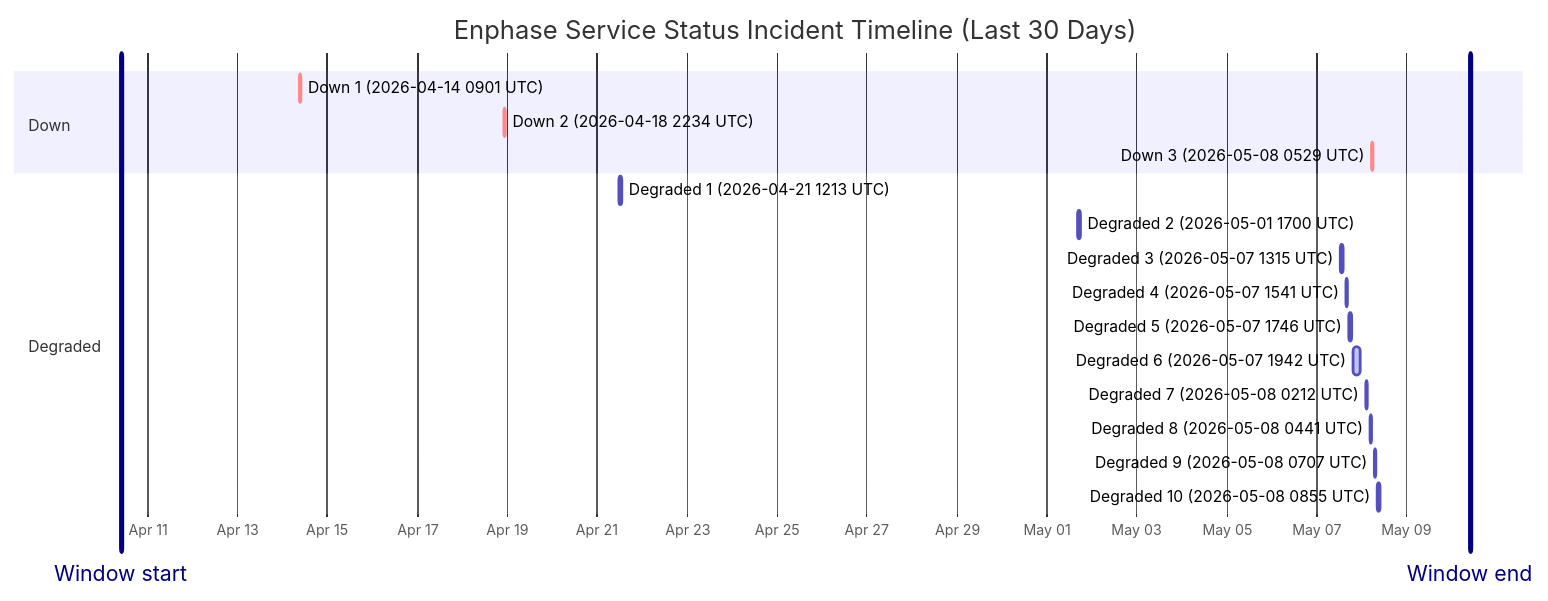
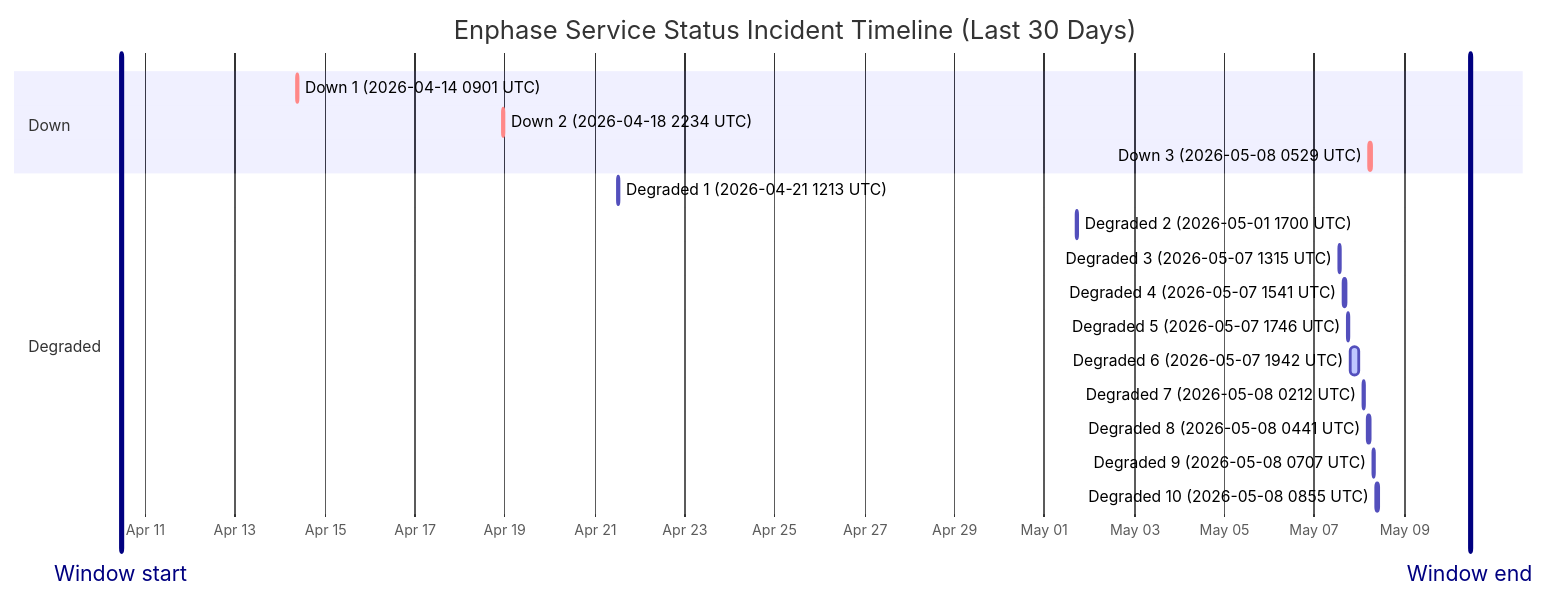
The diagram in wiki/Service-Status-History.md (barneyonline/ha-enphase-ev-charger), drawn with Mermaid before and after one commit. The commit also changed other lines of this file and 3 other files, not shown here.

````diff
--- a/wiki/Service-Status-History.md
+++ b/wiki/Service-Status-History.md
@@ -14,23 +14,23 @@
 ```mermaid
 gantt
     title Enphase Service Status Incident Timeline (Last 30 Days)
     dateFormat  YYYY-MM-DDTHH:mm:ss
     axisFormat  %b %d
-    Window start :vert, window-start, 2026-04-10T09:53:49, 0ms
-    Window end :vert, window-end, 2026-05-10T09:53:49, 0ms
+    Window start :vert, window-start, 2026-04-10T10:59:26, 0ms
+    Window end :vert, window-end, 2026-05-10T10:59:26, 0ms
     section Down
     Down 1 (2026-04-14 0901 UTC) :crit, down-1, 2026-04-14T09:01:13, 60m
     Down 2 (2026-04-18 2234 UTC) :crit, down-2, 2026-04-18T22:34:13, 60m
     Down 3 (2026-05-08 0529 UTC) :crit, down-3, 2026-05-08T05:29:47, 60m
     section Degraded
     Degraded 1 (2026-04-21 1213 UTC) :active, degraded-1, 2026-04-21T12:13:11, 60m
     Degraded 2 (2026-05-01 1700 UTC) :active, degraded-2, 2026-05-01T17:00:22, 60m
     Degraded 3 (2026-05-07 1315 UTC) :active, degraded-3, 2026-05-07T13:15:25, 60m
     Degraded 4 (2026-05-07 1541 UTC) :active, degraded-4, 2026-05-07T15:41:58, 60m
     Degraded 5 (2026-05-07 1746 UTC) :active, degraded-5, 2026-05-07T17:46:51, 60m
     Degraded 6 (2026-05-07 1942 UTC) :active, degraded-6, 2026-05-07T19:42:10, 249m
     Degraded 7 (2026-05-08 0212 UTC) :active, degraded-7, 2026-05-08T02:12:39, 60m
     Degraded 8 (2026-05-08 0441 UTC) :active, degraded-8, 2026-05-08T04:41:46, 60m
     Degraded 9 (2026-05-08 0707 UTC) :active, degraded-9, 2026-05-08T07:07:30, 60m
     Degraded 10 (2026-05-08 0855 UTC) :active, degraded-10, 2026-05-08T08:55:20, 88m
 ```
````
